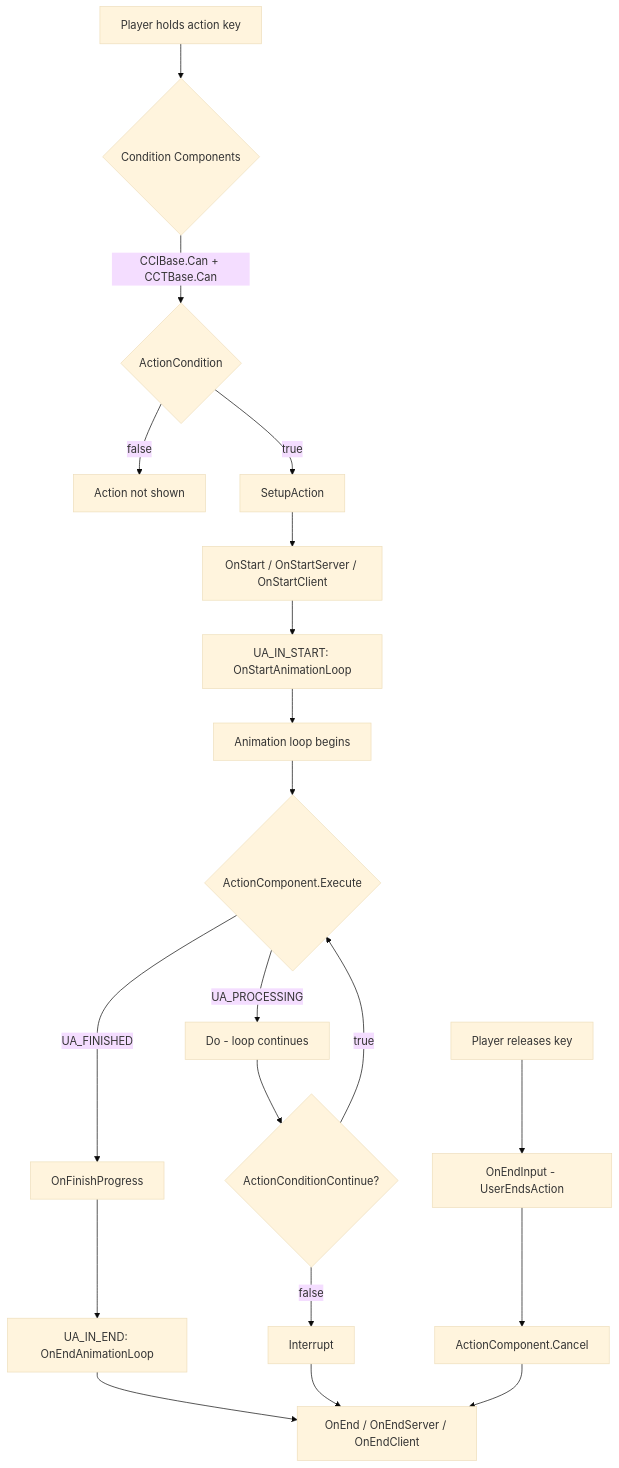
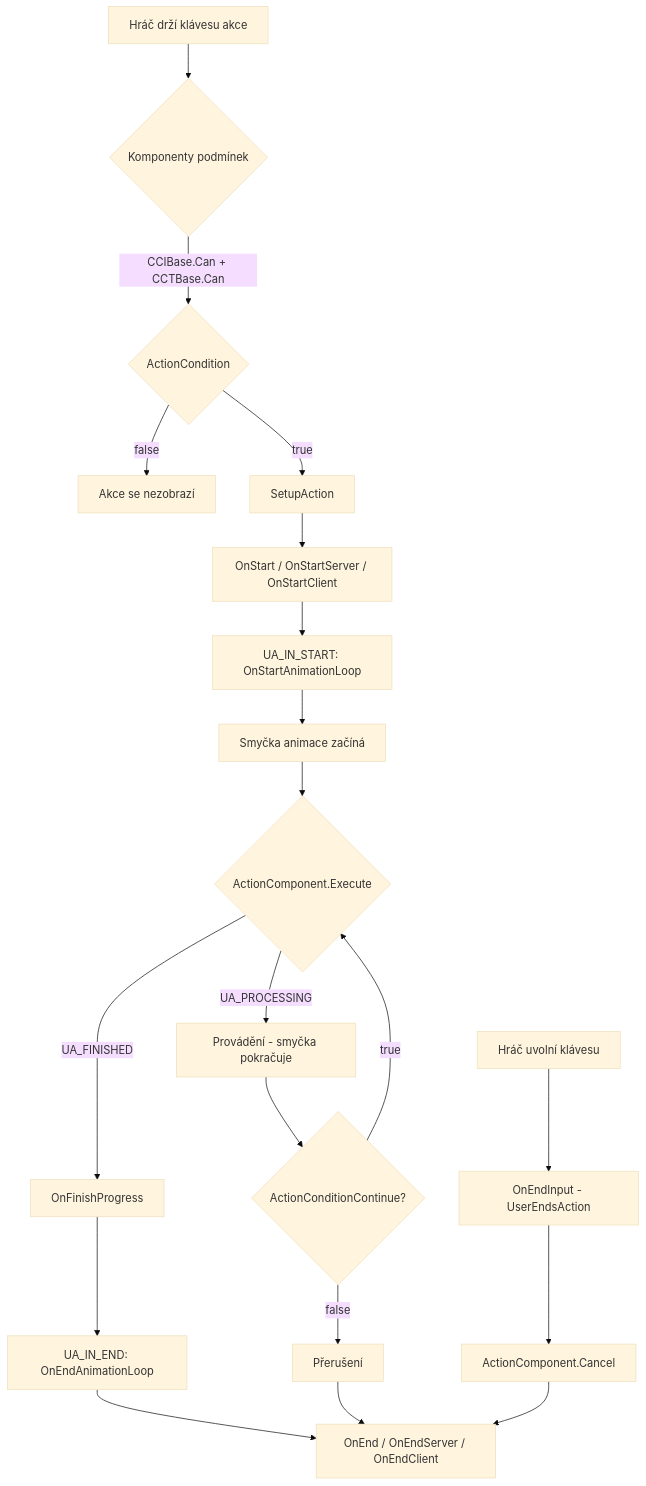
Before and after one commit to StarDZ-Team/DayZ-Modding-Wiki: the third of 4 diagrams in cs/06-engine-api/12-action-system.md, drawn with Mermaid (base theme). The commit also changed other lines of this file and 17 other files, not shown here.

````diff
--- a/cs/06-engine-api/12-action-system.md
+++ b/cs/06-engine-api/12-action-system.md
@@ -139,22 +139,22 @@
 ```mermaid
 flowchart TD
-    A[Player holds action key] --> B{Condition Components}
+    A[Hráč drží klávesu akce] --> B{Komponenty podmínek}
     B -->|CCIBase.Can + CCTBase.Can| C{ActionCondition}
-    C -->|false| D[Action not shown]
+    C -->|false| D[Akce se nezobrazí]
     C -->|true| E[SetupAction]
     E --> F[OnStart / OnStartServer / OnStartClient]
     F --> G[UA_IN_START: OnStartAnimationLoop]
-    G --> H[Animation loop begins]
+    G --> H[Smyčka animace začíná]
     H --> I{ActionComponent.Execute}
-    I -->|UA_PROCESSING| J[Do - loop continues]
+    I -->|UA_PROCESSING| J[Provádění - smyčka pokračuje]
     J --> K{ActionConditionContinue?}
     K -->|true| I
-    K -->|false| M[Interrupt]
+    K -->|false| M[Přerušení]
     I -->|UA_FINISHED| L[OnFinishProgress]
     L --> N[UA_IN_END: OnEndAnimationLoop]
     N --> O[OnEnd / OnEndServer / OnEndClient]
     M --> O
-    P[Player releases key] --> Q[OnEndInput - UserEndsAction]
+    P[Hráč uvolní klávesu] --> Q[OnEndInput - UserEndsAction]
     Q --> R[ActionComponent.Cancel]
     R --> O
 ```
````
